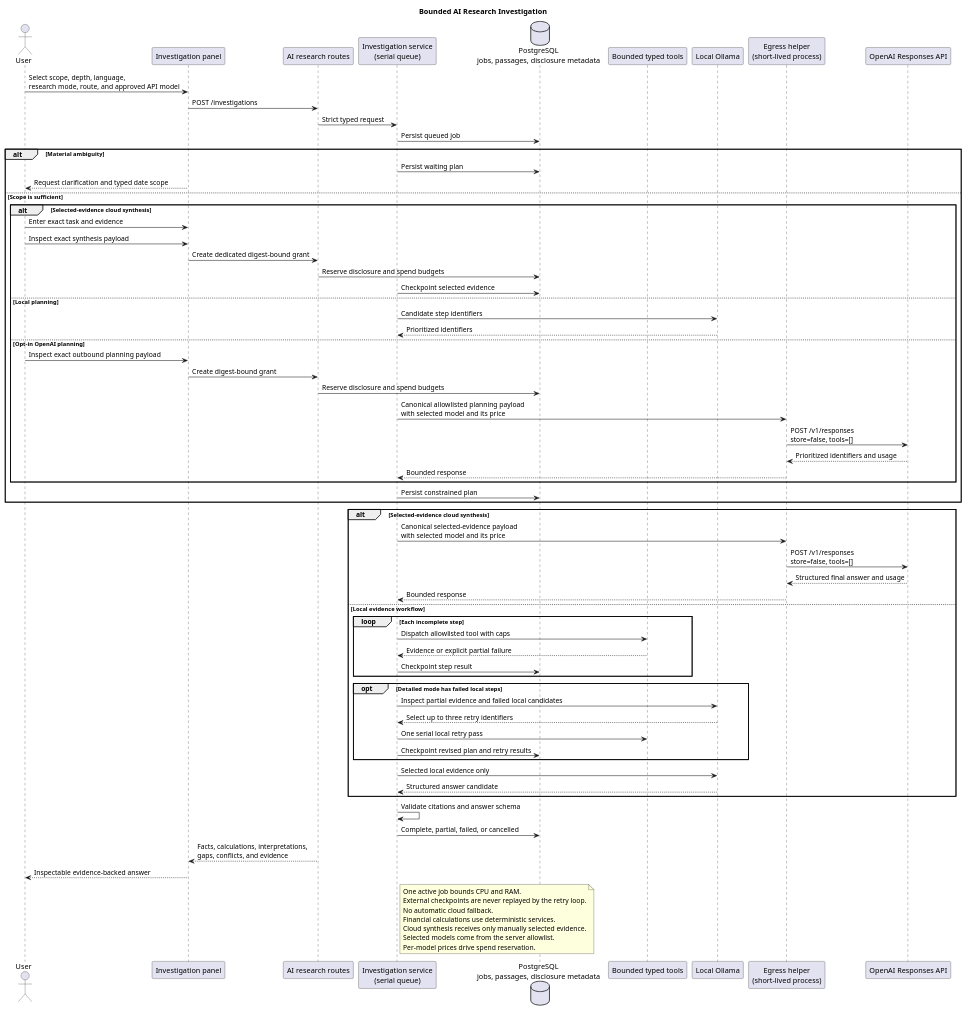
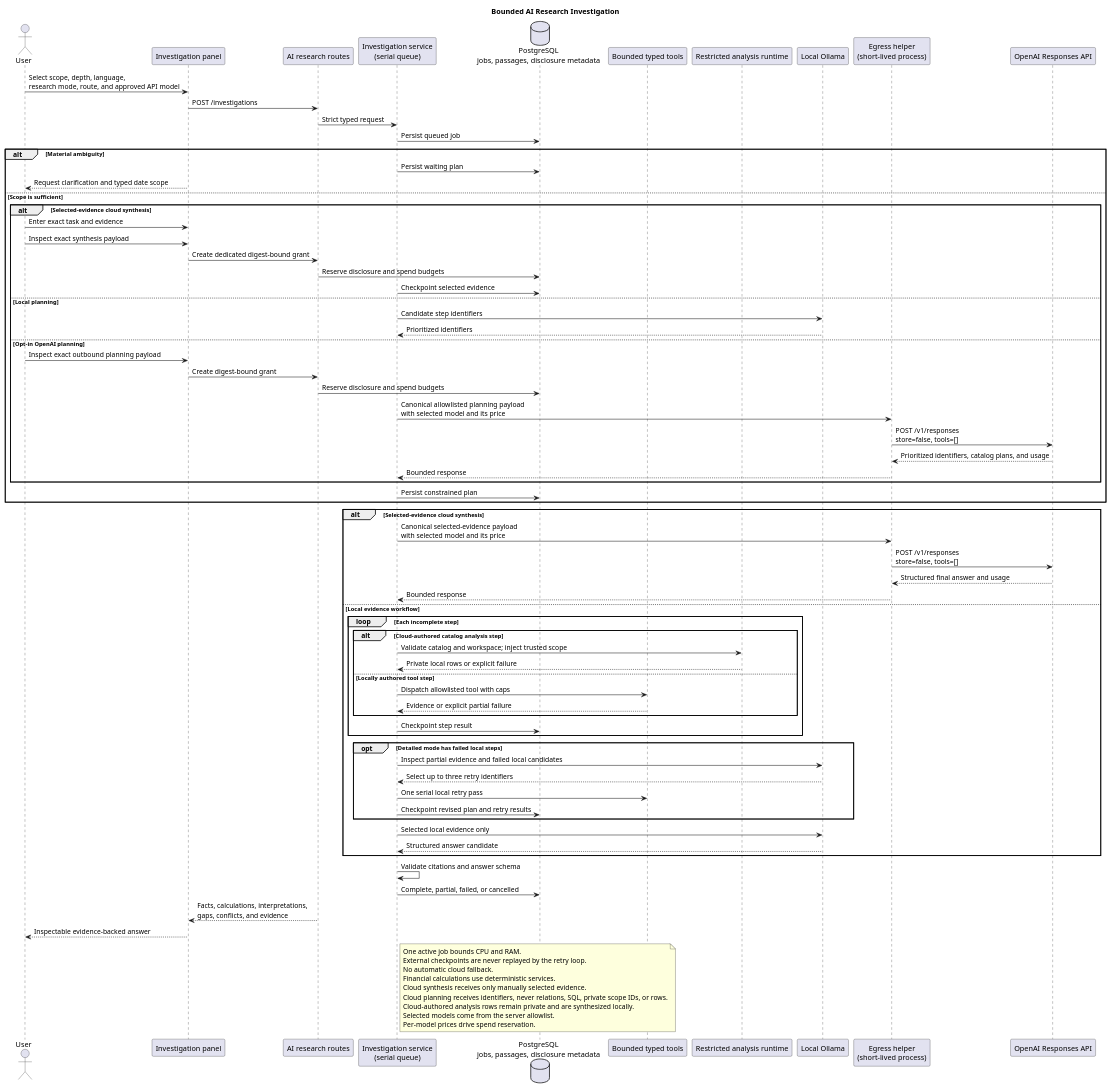
Before and after one commit to EraPartner/Vision: the diagram in docs/diagrams/ai-research-investigation-flow.puml, drawn with PlantUML. The commit also changed 22 other files, not shown here.

Commit message:
docs: document analysis and exposure architecture

```diff
--- a/docs/diagrams/ai-research-investigation-flow.puml
+++ b/docs/diagrams/ai-research-investigation-flow.puml
@@ -1,80 +1,88 @@
 @startuml
 title Bounded AI Research Investigation
 
 actor User
 participant "Investigation panel" as UI
 participant "AI research routes" as API
 participant "Investigation service\n(serial queue)" as Orchestrator
 database "PostgreSQL\njobs, passages, disclosure metadata" as DB
 participant "Bounded typed tools" as Tools
+participant "Restricted analysis runtime" as Analysis
 participant "Local Ollama" as Ollama
 participant "Egress helper\n(short-lived process)" as Egress
 participant "OpenAI Responses API" as OpenAI
 
 User -> UI: Select scope, depth, language,\nresearch mode, route, and approved API model
 UI -> API: POST /investigations
 API -> Orchestrator: Strict typed request
 Orchestrator -> DB: Persist queued job
 alt Material ambiguity
   Orchestrator -> DB: Persist waiting plan
   UI --> User: Request clarification and typed date scope
 else Scope is sufficient
   alt Selected-evidence cloud synthesis
     User -> UI: Enter exact task and evidence
     User -> UI: Inspect exact synthesis payload
     UI -> API: Create dedicated digest-bound grant
     API -> DB: Reserve disclosure and spend budgets
     Orchestrator -> DB: Checkpoint selected evidence
   else Local planning
     Orchestrator -> Ollama: Candidate step identifiers
     Ollama --> Orchestrator: Prioritized identifiers
   else Opt-in OpenAI planning
     User -> UI: Inspect exact outbound planning payload
     UI -> API: Create digest-bound grant
     API -> DB: Reserve disclosure and spend budgets
     Orchestrator -> Egress: Canonical allowlisted planning payload\nwith selected model and its price
     Egress -> OpenAI: POST /v1/responses\nstore=false, tools=[]
-    OpenAI --> Egress: Prioritized identifiers and usage
+    OpenAI --> Egress: Prioritized identifiers, catalog plans, and usage
     Egress --> Orchestrator: Bounded response
   end
   Orchestrator -> DB: Persist constrained plan
 end
 alt Selected-evidence cloud synthesis
   Orchestrator -> Egress: Canonical selected-evidence payload\nwith selected model and its price
   Egress -> OpenAI: POST /v1/responses\nstore=false, tools=[]
   OpenAI --> Egress: Structured final answer and usage
   Egress --> Orchestrator: Bounded response
 else Local evidence workflow
   loop Each incomplete step
-    Orchestrator -> Tools: Dispatch allowlisted tool with caps
-    Tools --> Orchestrator: Evidence or explicit partial failure
+    alt Cloud-authored catalog analysis step
+      Orchestrator -> Analysis: Validate catalog and workspace; inject trusted scope
+      Analysis --> Orchestrator: Private local rows or explicit failure
+    else Locally authored tool step
+      Orchestrator -> Tools: Dispatch allowlisted tool with caps
+      Tools --> Orchestrator: Evidence or explicit partial failure
+    end
     Orchestrator -> DB: Checkpoint step result
   end
 
   opt Detailed mode has failed local steps
     Orchestrator -> Ollama: Inspect partial evidence and failed local candidates
     Ollama --> Orchestrator: Select up to three retry identifiers
     Orchestrator -> Tools: One serial local retry pass
     Orchestrator -> DB: Checkpoint revised plan and retry results
   end
 
   Orchestrator -> Ollama: Selected local evidence only
   Ollama --> Orchestrator: Structured answer candidate
 end
 
 Orchestrator -> Orchestrator: Validate citations and answer schema
 Orchestrator -> DB: Complete, partial, failed, or cancelled
 API --> UI: Facts, calculations, interpretations,\ngaps, conflicts, and evidence
 UI --> User: Inspectable evidence-backed answer
 
 note right of Orchestrator
 One active job bounds CPU and RAM.
 External checkpoints are never replayed by the retry loop.
 No automatic cloud fallback.
 Financial calculations use deterministic services.
 Cloud synthesis receives only manually selected evidence.
+Cloud planning receives identifiers, never relations, SQL, private scope IDs, or rows.
+Cloud-authored analysis rows remain private and are synthesized locally.
 Selected models come from the server allowlist.
 Per-model prices drive spend reservation.
 end note
 
 @enduml
```
